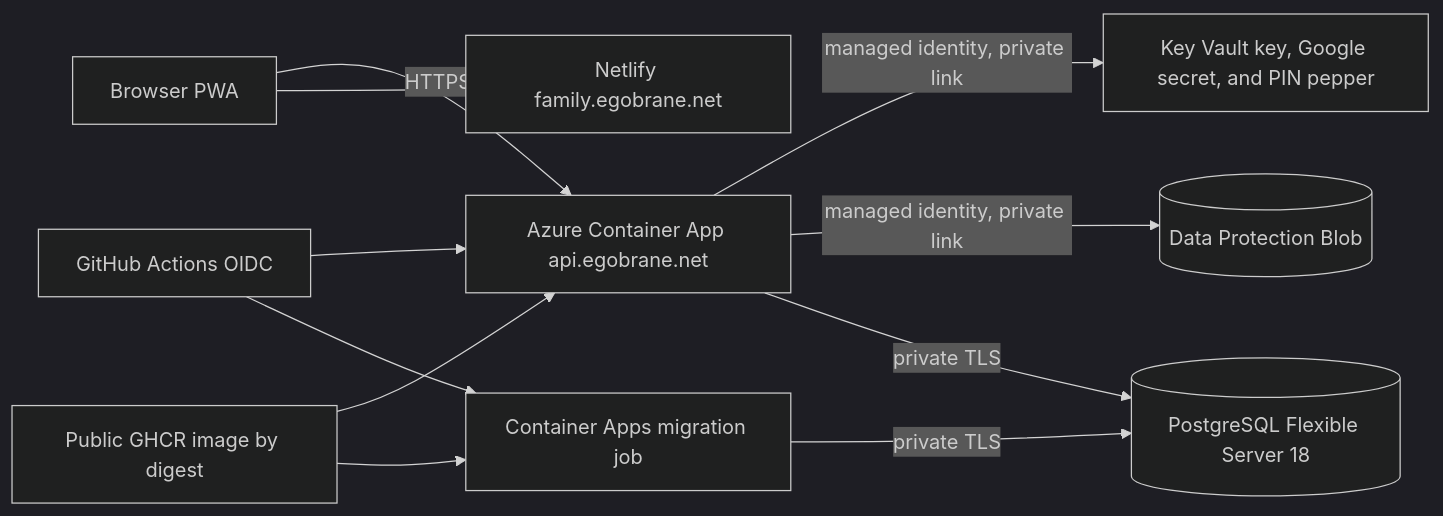
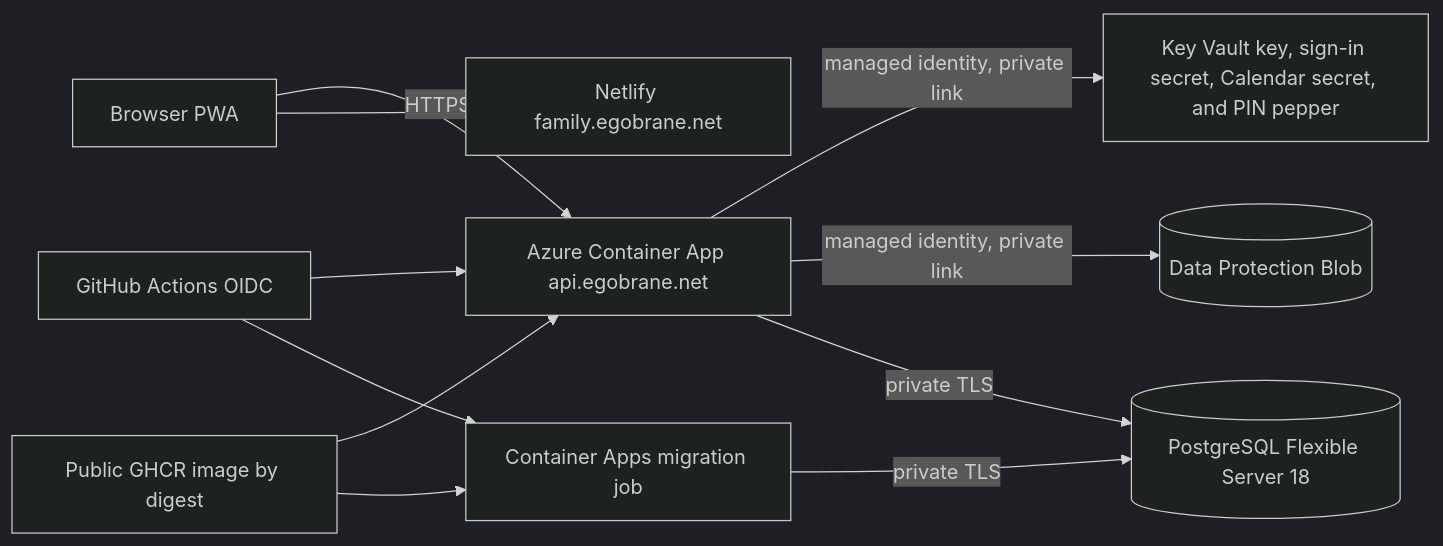
Before and after one commit to egobrane/FamilyBoard: the diagram in docs/deployment/azure.md, drawn with Mermaid (dark theme). The commit also changed other lines of this file and 63 other files, not shown here.

Commit message:
Adding initial support for Google Calendar Integration.

````diff
--- a/docs/deployment/azure.md
+++ b/docs/deployment/azure.md
@@ -5,13 +5,13 @@
 ```mermaid
 flowchart LR
     Browser[Browser PWA] --> Netlify[Netlify family.egobrane.net]
     Browser -->|HTTPS| API[Azure Container App api.egobrane.net]
     GHCR[Public GHCR image by digest] --> Job[Container Apps migration job]
     GHCR --> API
     Job -->|private TLS| PostgreSQL[(PostgreSQL Flexible Server 18)]
     API -->|private TLS| PostgreSQL
     API -->|managed identity, private link| Blob[(Data Protection Blob)]
-    API -->|managed identity, private link| Vault[Key Vault key, Google secret, and PIN pepper]
+    API -->|managed identity, private link| Vault[Key Vault key, sign-in secret, Calendar secret, and PIN pepper]
     GitHub[GitHub Actions OIDC] --> Job
     GitHub --> API
 ```
````
